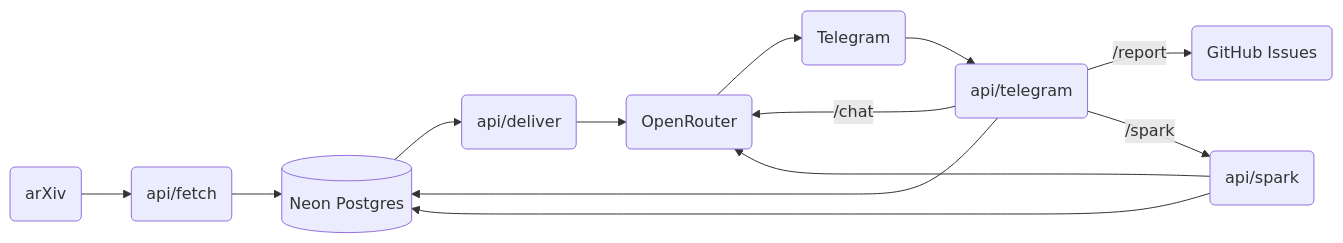
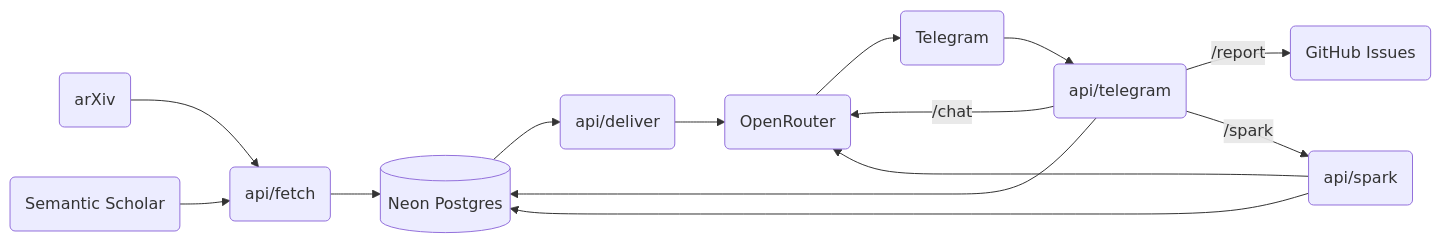
One commit to AruneemB/axiom changed the diagram in README.md. Above: the diagram before and after it, drawn with Mermaid. The commit also changed other lines of this file and 4 other files, not shown here.

````diff
--- a/README.md
+++ b/README.md
@@ -53,15 +55,16 @@
 ```mermaid
 graph LR
     arXiv(arXiv) --> Fetch(api/fetch)
+    SS(Semantic Scholar) --> Fetch
     Fetch --> DB[(Neon Postgres)]
     DB --> Deliver(api/deliver)
     Deliver --> LLM(OpenRouter)
     LLM --> Telegram(Telegram)
     Telegram --> Feedback(api/telegram)
     Feedback --> DB
     Feedback -- "/chat" --> LLM
     Feedback -- "/report" --> GitHub(GitHub Issues)
     Feedback -- "/spark" --> Spark(api/spark)
     Spark --> DB
     Spark --> LLM
 ```
````
